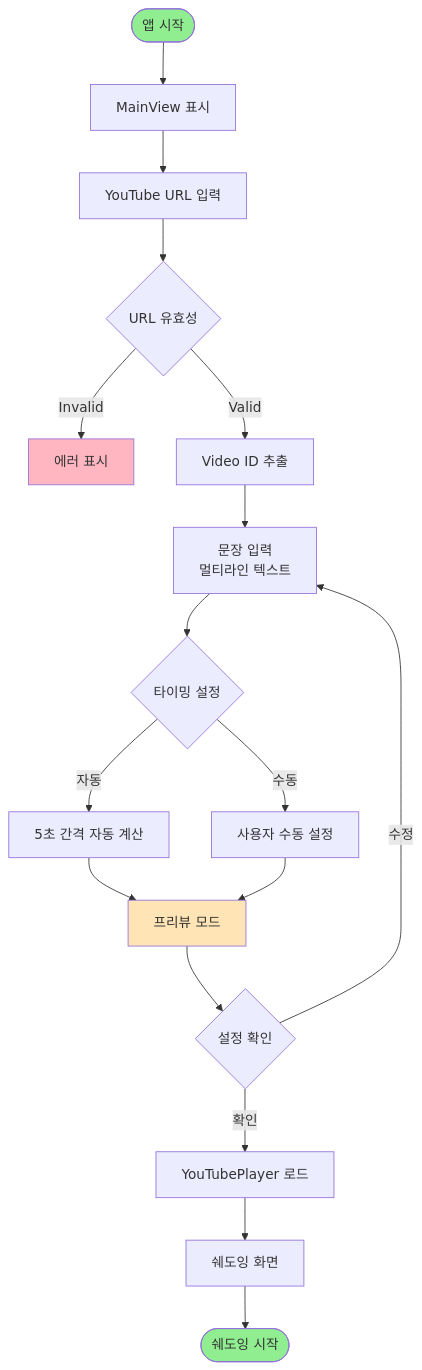
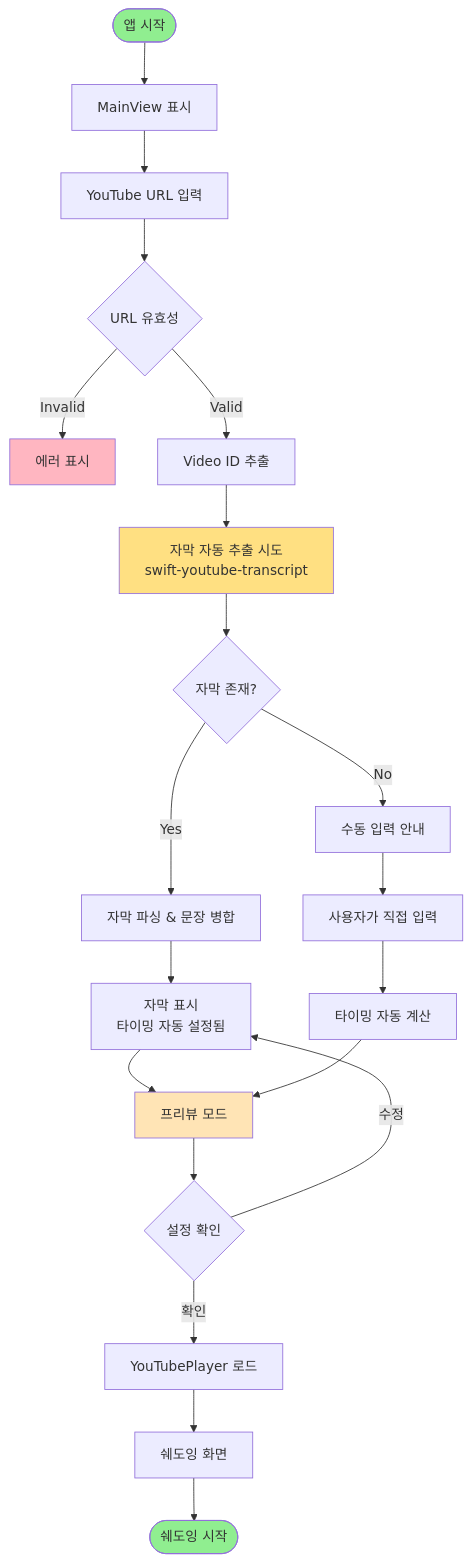
One commit to goodsw4all/Shawdowing changed the seventh of 13 diagrams in SPEC.md. Above: the diagram before and after it, drawn with Mermaid. The commit also changed other lines of this file and 11 other files, not shown here.

````diff
--- a/SPEC.md
+++ b/SPEC.md
@@ -645,30 +656,36 @@
 ```mermaid
 flowchart TD
     Start([앱 시작]) --> MainView[MainView 표시]
     MainView --> InputURL[YouTube URL 입력]
     InputURL --> ValidateURL{URL 유효성}
     
     ValidateURL -->|Invalid| Error1[에러 표시]
     ValidateURL -->|Valid| ExtractVideoID[Video ID 추출]
     
-    ExtractVideoID --> InputSentences[문장 입력<br/>멀티라인 텍스트]
-    InputSentences --> AutoTiming{타이밍 설정}
+    ExtractVideoID --> AutoExtract[자막 자동 추출 시도<br/>swift-youtube-transcript]
     
-    AutoTiming -->|자동| CalcTiming[5초 간격 자동 계산]
-    AutoTiming -->|수동| ManualTiming[사용자 수동 설정]
+    AutoExtract --> HasSubtitle{자막 존재?}
     
-    CalcTiming --> Preview[프리뷰 모드]
-    ManualTiming --> Preview
+    HasSubtitle -->|Yes| ParseSubtitle[자막 파싱 & 문장 병합]
+    HasSubtitle -->|No| ManualInput[수동 입력 안내]
+    
+    ParseSubtitle --> ShowSentences[자막 표시<br/>타이밍 자동 설정됨]
+    ManualInput --> UserInput[사용자가 직접 입력]
+    UserInput --> CalcTiming[타이밍 자동 계산]
+    
+    ShowSentences --> Preview[프리뷰 모드]
+    CalcTiming --> Preview
     
     Preview --> Confirm{설정 확인}
-    Confirm -->|수정| InputSentences
+    Confirm -->|수정| ShowSentences
     Confirm -->|확인| LoadPlayer[YouTubePlayer 로드]
     
     LoadPlayer --> ShowShadowing[쉐도잉 화면]
     ShowShadowing --> End([쉐도잉 시작])
     
     style Start fill:#90EE90
     style End fill:#90EE90
     style Error1 fill:#FFB6C1
+    style AutoExtract fill:#FFE082
     style Preview fill:#FFE4B5
 ```
````
